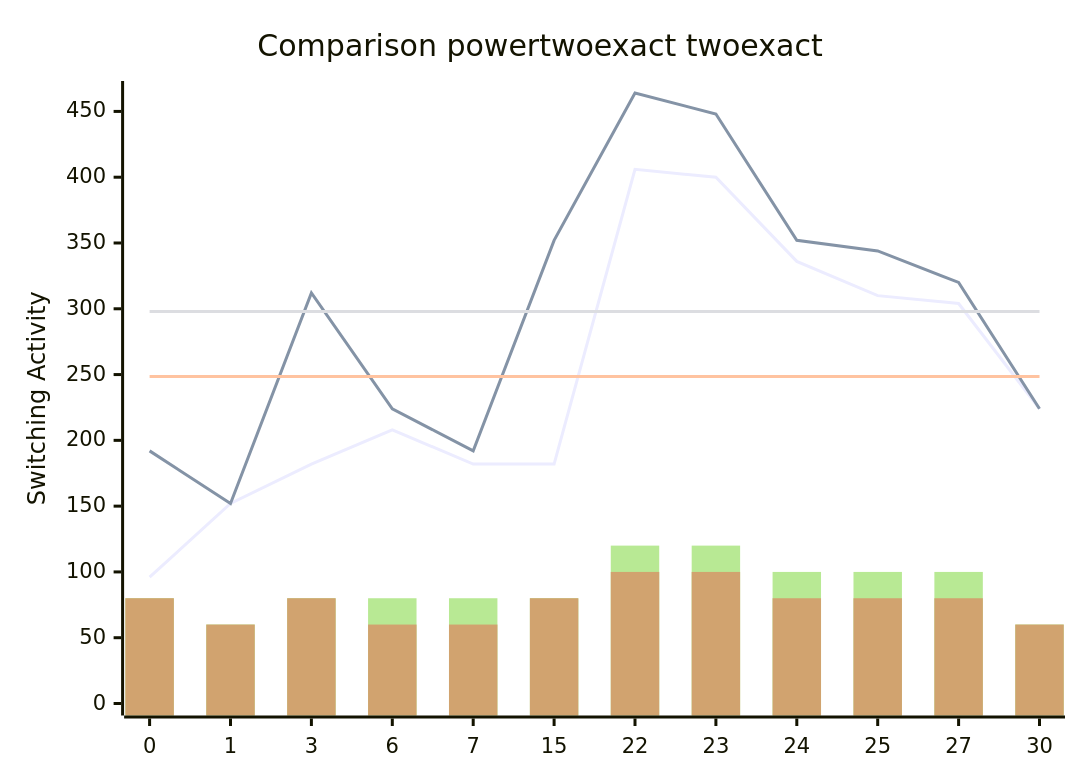
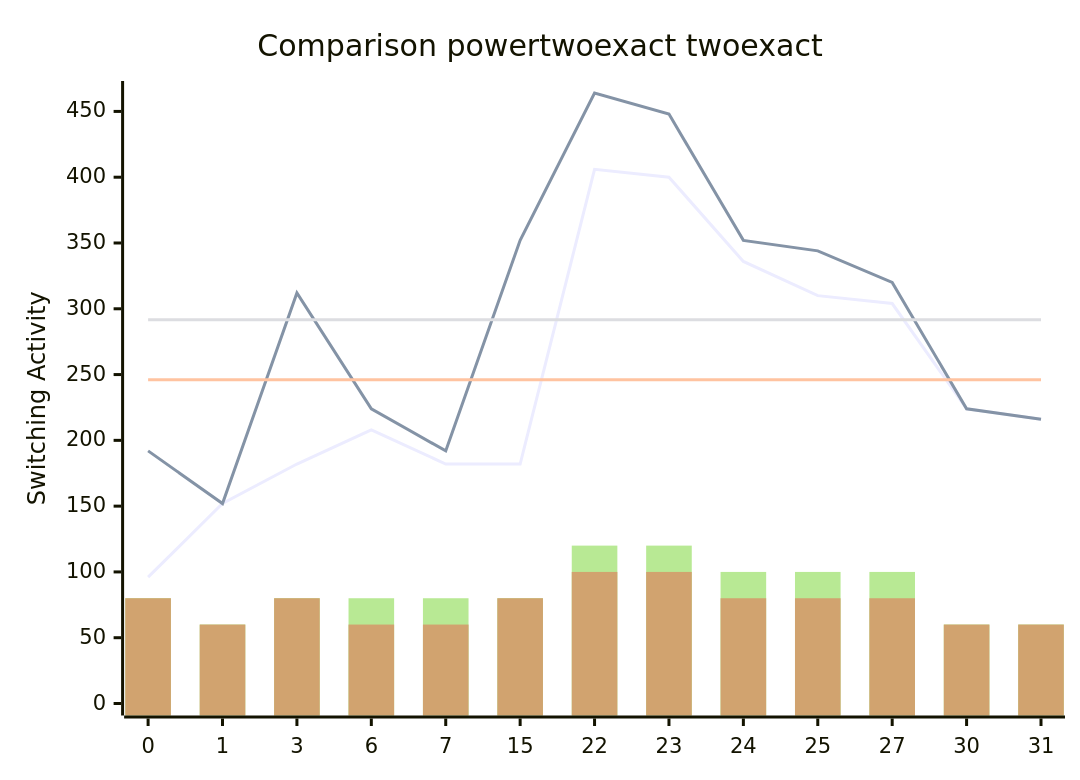
The diagram in benchmark.md (FeldmeierMichael/Exact-Power-Synthesis), drawn with Mermaid before and after one commit. The commit also changed other lines of this file and 2 other files, not shown here.

````diff
--- a/benchmark.md
+++ b/benchmark.md
@@ -29,12 +31,12 @@
 ```mermaid
 xychart-beta
     title "Comparison powertwoexact twoexact"
-    x-axis [0, 1, 3, 6, 7, 15, 22, 23, 24, 25, 27, 30]
+    x-axis [0, 1, 3, 6, 7, 15, 22, 23, 24, 25, 27, 30, 31]
     y-axis "Switching Activity" 0-->464
-    line [96, 152, 182, 208, 182, 182, 406, 400, 336, 310, 304, 224]
-    line [192, 152, 312, 224, 192, 352, 464, 448, 352, 344, 320, 224]
-    line [248.5, 248.5, 248.5, 248.5, 248.5, 248.5, 248.5, 248.5, 248.5, 248.5, 248.5, 248.5]
-    line [298.0, 298.0, 298.0, 298.0, 298.0, 298.0, 298.0, 298.0, 298.0, 298.0, 298.0, 298.0]
-    bar [80, 60, 80, 80, 80, 80, 120, 120, 100, 100, 100, 60]
-    bar [80, 60, 80, 60, 60, 80, 100, 100, 80, 80, 80, 60]
+    line [96, 152, 182, 208, 182, 182, 406, 400, 336, 310, 304, 224, 216]
+    line [192, 152, 312, 224, 192, 352, 464, 448, 352, 344, 320, 224, 216]
+    line [246.0, 246.0, 246.0, 246.0, 246.0, 246.0, 246.0, 246.0, 246.0, 246.0, 246.0, 246.0, 246.0]
+    line [291.6923076923077, 291.6923076923077, 291.6923076923077, 291.6923076923077, 291.6923076923077, 291.6923076923077, 291.6923076923077, 291.6923076923077, 291.6923076923077, 291.6923076923077, 291.6923076923077, 291.6923076923077, 291.6923076923077]
+    bar [80, 60, 80, 80, 80, 80, 120, 120, 100, 100, 100, 60, 60]
+    bar [80, 60, 80, 60, 60, 80, 100, 100, 80, 80, 80, 60, 60]
 ```
````
